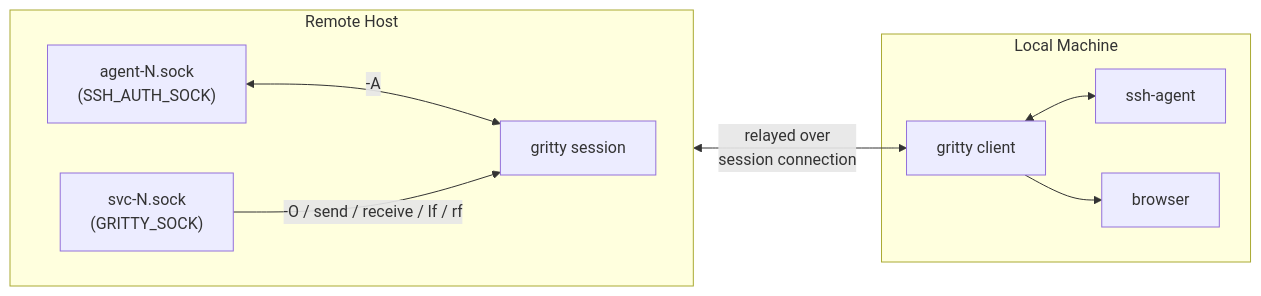
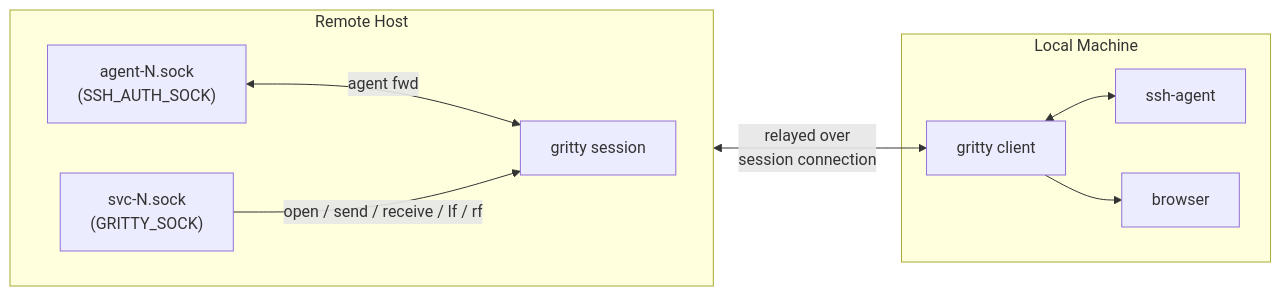
The third of 3 diagrams in ARCHITECTURE.md (chipturner/gritty), drawn with Mermaid before and after one commit. The commit also changed other lines of this file and 3 other files, not shown here.

````diff
--- a/ARCHITECTURE.md
+++ b/ARCHITECTURE.md
@@ -70,21 +70,21 @@
 ```mermaid
 flowchart LR
     subgraph remote["Remote Host"]
         direction LR
         agent_sock["agent-N.sock<br/>(SSH_AUTH_SOCK)"]
         svc_sock["svc-N.sock<br/>(GRITTY_SOCK)"]
         S["gritty session"]
-        agent_sock <-->|"-A"| S
-        svc_sock -->|"-O / send / receive / lf / rf"| S
+        agent_sock <-->|"agent fwd"| S
+        svc_sock -->|"open / send / receive / lf / rf"| S
     end
 
     S <-->|"relayed over<br/>session connection"| C
 
     subgraph local["Local Machine"]
         C["gritty client"]
         ssh_agent["ssh-agent"]
         browser["browser"]
         C <--> ssh_agent
         C --> browser
     end
 ```
````
